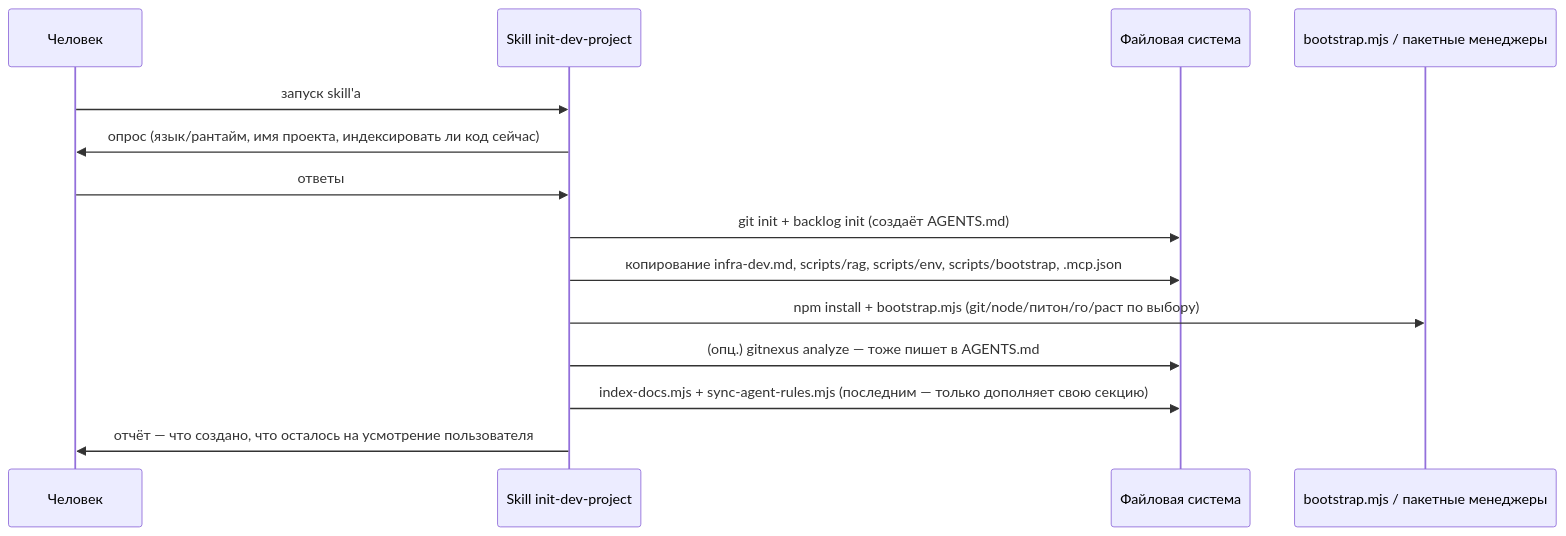
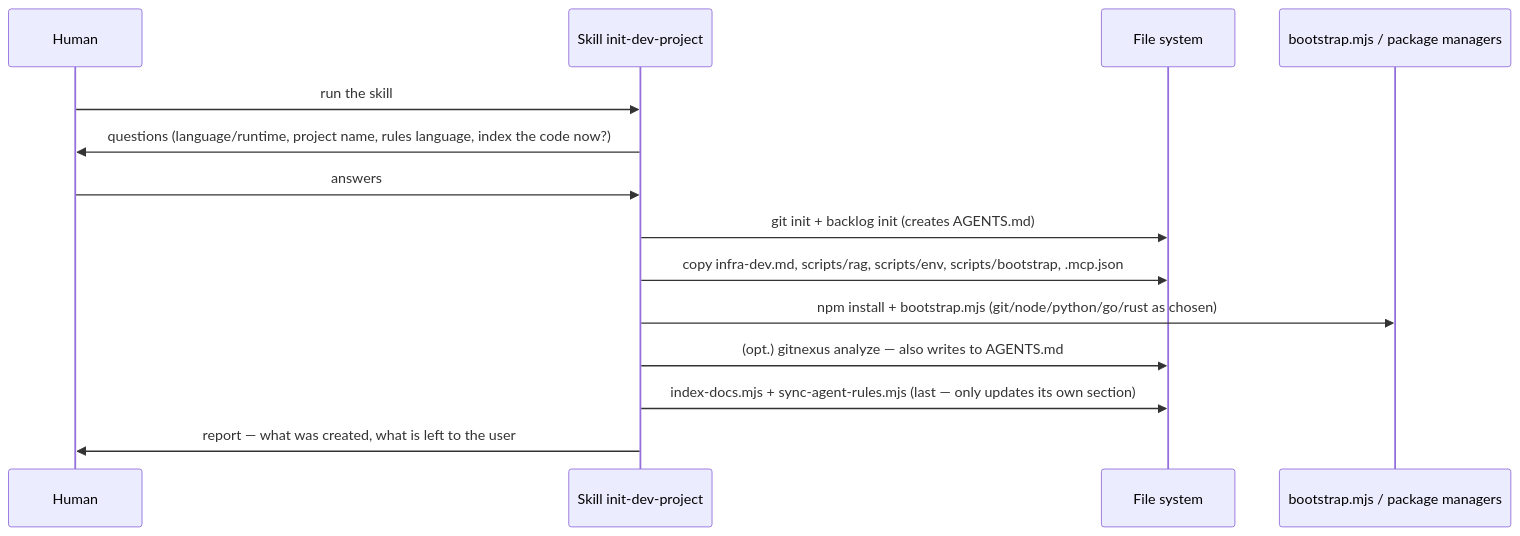
One commit to Reasp/projecthub-oss changed the third of 7 diagrams in template/README.md. Above: the diagram before and after it, drawn with Mermaid. The commit also changed other lines of this file and 22 other files, not shown here.

Commit message:
feat(task-311): локализация шаблонов — английская база и переводы оверлеем locales/<код>, выбор по языку окна, lang-ru по умолчанию только для ru; правила, критик, скилл и README шаблона на английском; decision-231

````diff
--- a/template/README.md
+++ b/template/README.md
@@ -204,17 +210,17 @@
 ```mermaid
 sequenceDiagram
-    participant U as Человек
+    participant U as Human
     participant S as Skill init-dev-project
-    participant FS as Файловая система
-    participant ENV as bootstrap.mjs / пакетные менеджеры
+    participant FS as File system
+    participant ENV as bootstrap.mjs / package managers
 
-    U->>S: запуск skill'а
-    S->>U: опрос (язык/рантайм, имя проекта, индексировать ли код сейчас)
-    U->>S: ответы
-    S->>FS: git init + backlog init (создаёт AGENTS.md)
-    S->>FS: копирование infra-dev.md, scripts/rag, scripts/env, scripts/bootstrap, .mcp.json
-    S->>ENV: npm install + bootstrap.mjs (git/node/питон/го/раст по выбору)
-    S->>FS: (опц.) gitnexus analyze — тоже пишет в AGENTS.md
-    S->>FS: index-docs.mjs + sync-agent-rules.mjs (последним — только дополняет свою секцию)
-    S->>U: отчёт — что создано, что осталось на усмотрение пользователя
+    U->>S: run the skill
+    S->>U: questions (language/runtime, project name, rules language, index the code now?)
+    U->>S: answers
+    S->>FS: git init + backlog init (creates AGENTS.md)
+    S->>FS: copy infra-dev.md, scripts/rag, scripts/env, scripts/bootstrap, .mcp.json
+    S->>ENV: npm install + bootstrap.mjs (git/node/python/go/rust as chosen)
+    S->>FS: (opt.) gitnexus analyze — also writes to AGENTS.md
+    S->>FS: index-docs.mjs + sync-agent-rules.mjs (last — only updates its own section)
+    S->>U: report — what was created, what is left to the user
 ```
````
